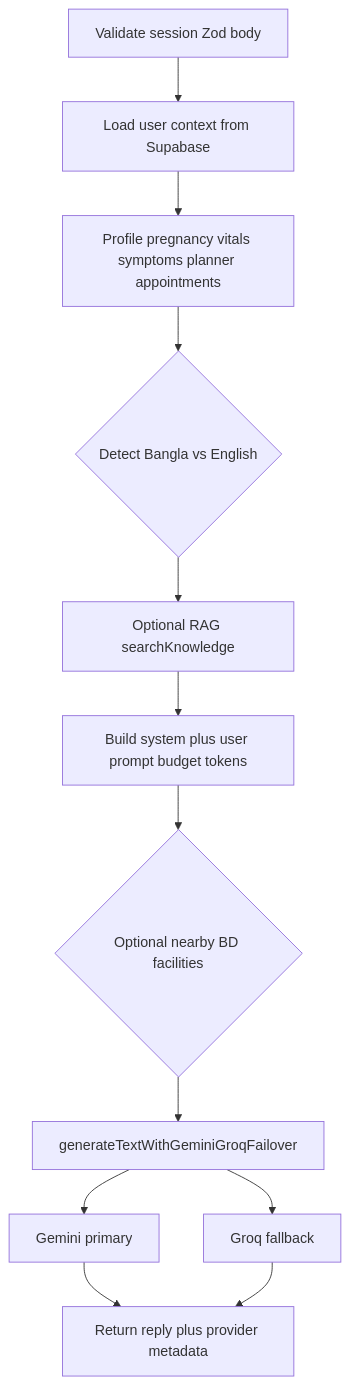
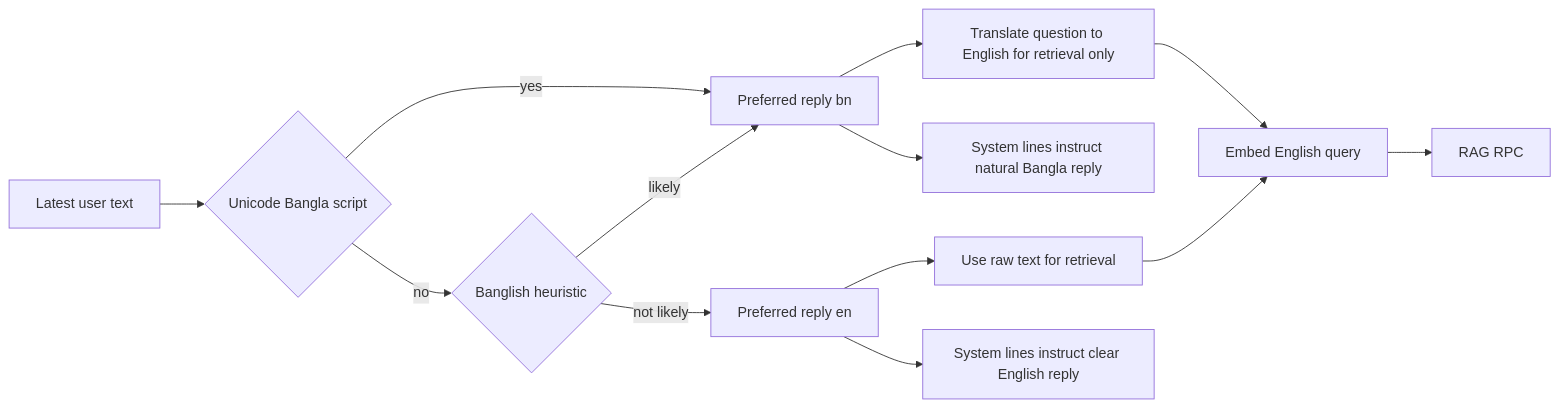
Before and after one commit to AlifDevPro/maacare: the seventh of 13 diagrams in docs/ARCHITECTURE.md, drawn with Mermaid. The commit also changed other lines of this file and 1 other file, not shown here.

First line of the commit message:
docs: expand architecture with full AI, RAG, multilingual, and voice pipelines

````diff
--- a/docs/ARCHITECTURE.md
+++ b/docs/ARCHITECTURE.md
@@ -186,14 +263,15 @@
 ```mermaid
-flowchart TD
-  A[Validate session Zod body] --> B[Load user context from Supabase]
-  B --> C[Profile pregnancy vitals symptoms planner appointments]
-  C --> D{Detect Bangla vs English}
-  D --> E[Optional RAG searchKnowledge]
-  E --> F[Build system plus user prompt budget tokens]
-  F --> G{Optional nearby BD facilities}
-  G --> H[generateTextWithGeminiGroqFailover]
-  H --> I1[Gemini primary]
-  H --> I2[Groq fallback]
-  I1 --> J[Return reply plus provider metadata]
-  I2 --> J
+flowchart LR
+  u[Latest user text] --> d{Unicode Bangla script}
+  d -->|yes| bn[Preferred reply bn]
+  d -->|no| b2{Banglish heuristic}
+  b2 -->|likely| bn
+  b2 -->|not likely| en[Preferred reply en]
+  bn --> t[Translate question to English for retrieval only]
+  en --> r[Use raw text for retrieval]
+  t --> e[Embed English query]
+  r --> e
+  e --> rpc[RAG RPC]
+  bn --> sys[System lines instruct natural Bangla reply]
+  en --> sys2[System lines instruct clear English reply]
 ```
````
